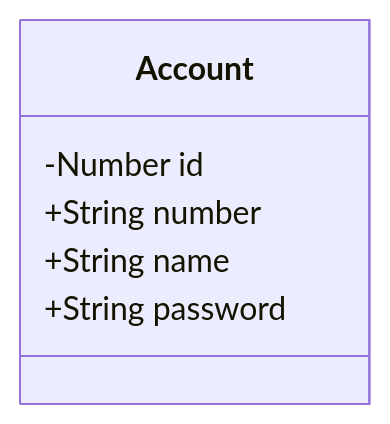
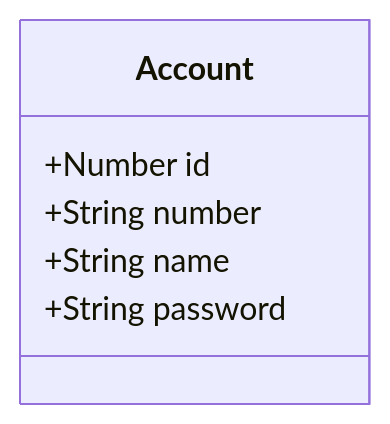
The third of 3 diagrams in docs/plans/V0.1_注册登录.md (mrchar/peach), drawn with Mermaid before and after one commit. The commit also changed 1 other file, not shown here.

Commit message:
添加V0.2用户管理.md

````diff
--- a/docs/plans/V0.1_注册登录.md
+++ b/docs/plans/V0.1_注册登录.md
@@ -52,9 +52,9 @@
 ```mermaid
 classDiagram
     class Account{
-        -Number id
+        +Number id
         +String number
         +String name
         +String password
     }
 ```
````
